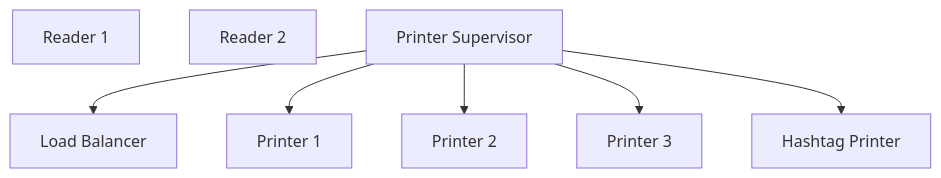
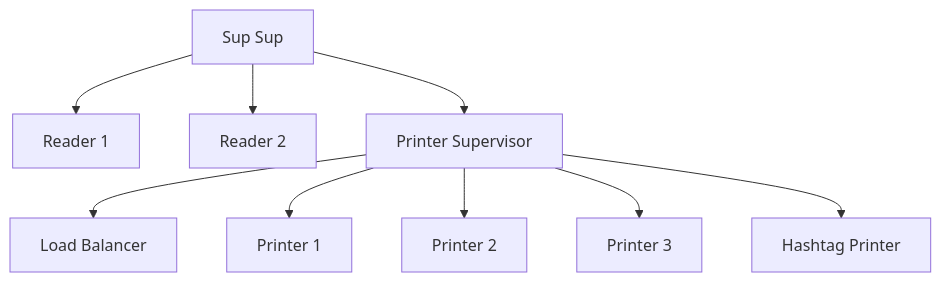
One commit to catness812/PTR-lab1 changed the fourth of 6 diagrams in README.md. Above: the diagram before and after it, drawn with Mermaid. The commit also changed other lines of this file and 6 other files, not shown here.

````diff
--- a/README.md
+++ b/README.md
@@ -52,10 +51,11 @@
 ```mermaid
-graph TD 
-    A[Reader 1];
-    B[Reader 2];
-    C[Printer Supervisor] --> E[Load Balancer];
-    C[Printer Supervisor] --> F[Printer 1];
-    C[Printer Supervisor] --> G[Printer 2];
-    C[Printer Supervisor] --> H[Printer 3];
-    C[Printer Supervisor] --> I[Hashtag Printer];
+graph TD
+    A[Sup Sup] --> B[Reader 1];
+    A[Sup Sup] --> C[Reader 2];
+    A[Sup Sup] --> D[Printer Supervisor];
+    D[Printer Supervisor] --> E[Load Balancer];
+    D[Printer Supervisor] --> F[Printer 1];
+    D[Printer Supervisor] --> G[Printer 2];
+    D[Printer Supervisor] --> H[Printer 3];
+    D[Printer Supervisor] --> I[Hashtag Printer];
 ```
````
